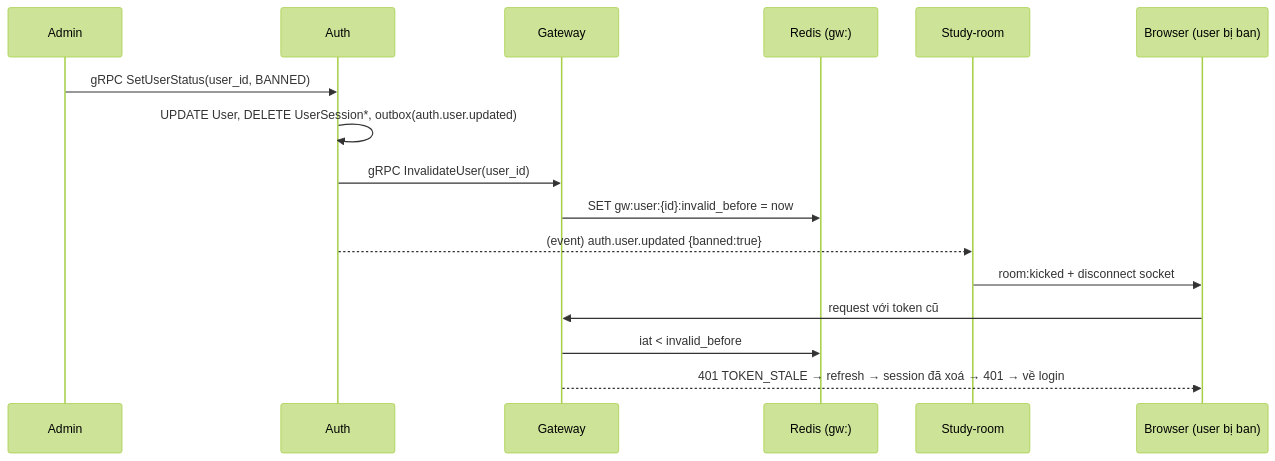
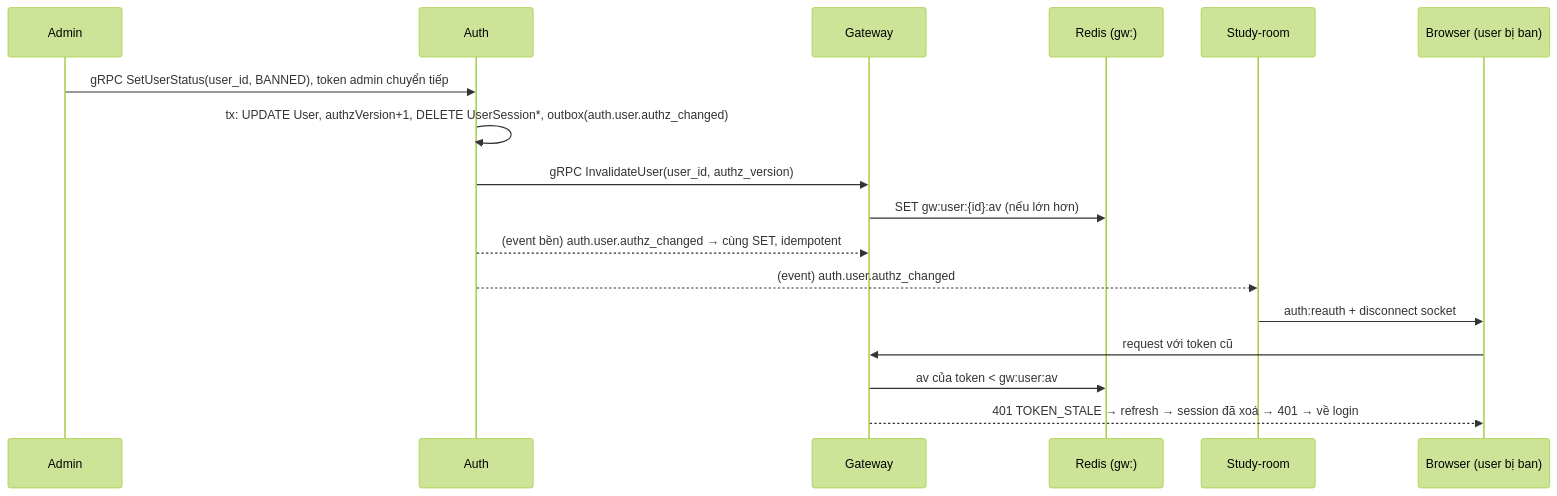
The fifth of 5 diagrams in ARCHITECTURE.md (tgiap04/examio), drawn with Mermaid (forest theme) before and after one commit. The commit also changed other lines of this file and 26 other files, not shown here.

First line of the commit message:
docs: sync architecture, system and generated docs with the microservice build

````diff
--- a/ARCHITECTURE.md
+++ b/ARCHITECTURE.md
@@ -816,19 +888,20 @@
 ```mermaid
 sequenceDiagram
     participant AD as Admin
     participant A as Auth
     participant G as Gateway
     participant R as Redis (gw:)
     participant SR as Study-room
     participant B as Browser (user bị ban)
 
-    AD->>A: gRPC SetUserStatus(user_id, BANNED)
-    A->>A: UPDATE User, DELETE UserSession*, outbox(auth.user.updated)
-    A->>G: gRPC InvalidateUser(user_id)
-    G->>R: SET gw:user:{id}:invalid_before = now
-    A-->>SR: (event) auth.user.updated {banned:true}
-    SR->>B: room:kicked + disconnect socket
+    AD->>A: gRPC SetUserStatus(user_id, BANNED), token admin chuyển tiếp
+    A->>A: tx: UPDATE User, authzVersion+1, DELETE UserSession*, outbox(auth.user.authz_changed)
+    A->>G: gRPC InvalidateUser(user_id, authz_version)
+    G->>R: SET gw:user:{id}:av (nếu lớn hơn)
+    A-->>G: (event bền) auth.user.authz_changed → cùng SET, idempotent
+    A-->>SR: (event) auth.user.authz_changed
+    SR->>B: auth:reauth + disconnect socket
     B->>G: request với token cũ
-    G->>R: iat < invalid_before
+    G->>R: av của token < gw:user:av
     G-->>B: 401 TOKEN_STALE → refresh → session đã xoá → 401 → về login
 ```
````
